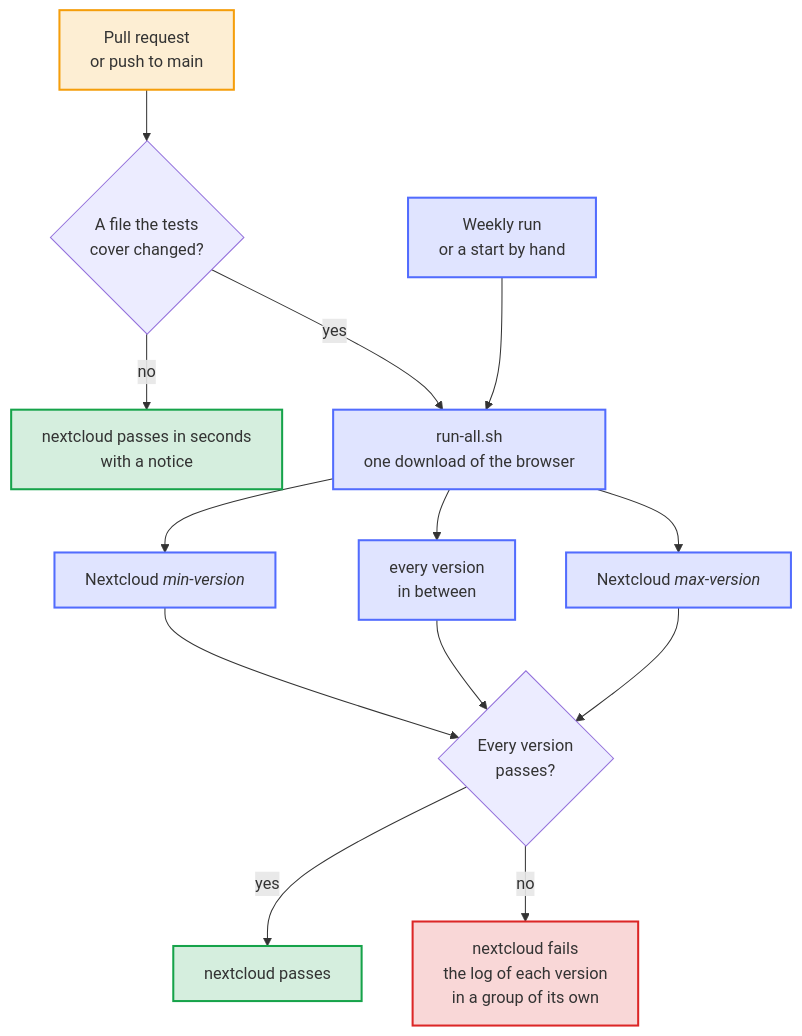
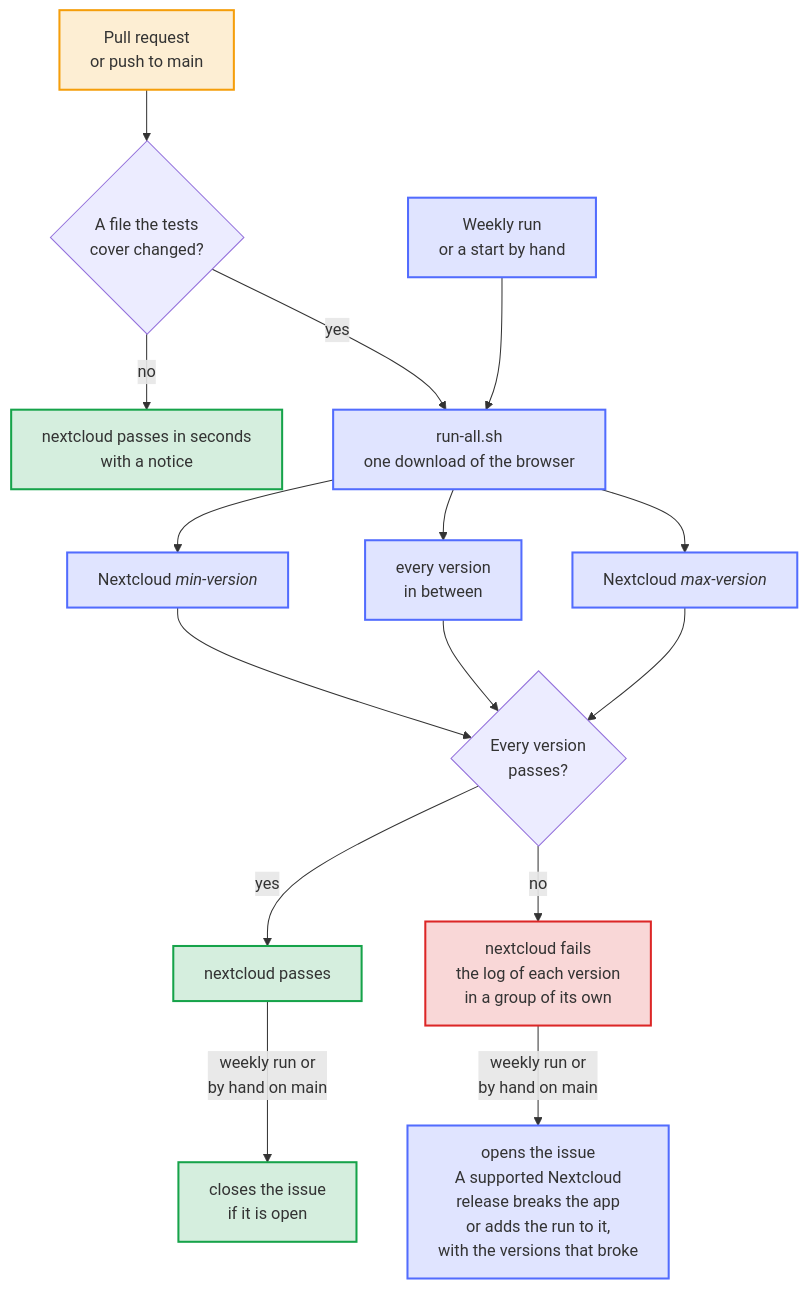
The diagram in docs/diagrams/the-required-check-nextcloud.mmd (Dennis-Otto/paperless-unified-search), drawn with Mermaid before and after one commit. The commit also changed 11 other files, not shown here.

First line of the commit message:
ci: a failing supported Nextcloud version in the weekly E2E run opens an issue (#197)

```diff
--- a/docs/diagrams/the-required-check-nextcloud.mmd
+++ b/docs/diagrams/the-required-check-nextcloud.mmd
@@ -1,37 +1,41 @@
 ---
 config:
   flowchart:
     wrappingWidth: 400
 ---
 flowchart TB
     accTitle: The required check nextcloud
-    accDescr: A pull request or a push to main that changes no file the end-to-end tests cover passes the check nextcloud in seconds, with a notice. Otherwise, and in the weekly run and a run started by hand, run-all.sh tests every Nextcloud version from min-version to max-version at the same time in one job, and the check passes only when every version passes; the log of each version is a group of its own.
+    accDescr: A pull request or a push to main that changes no file the end-to-end tests cover passes the check nextcloud in seconds, with a notice. Otherwise, and in the weekly run and a run started by hand, run-all.sh tests every Nextcloud version from min-version to max-version at the same time in one job, and the check passes only when every version passes; the log of each version is a group of its own. When the weekly run or a run started by hand on main fails, the job issue about the supported Nextcloud opens the issue A supported Nextcloud release breaks the app with the versions that broke, or adds the run to it; when such a run passes, it closes the issue. A pull request or a push never touches the issue.
 
     change["Pull request<br>or push to main"]
     timed["Weekly run<br>or a start by hand"]
     scope{"A file the tests<br>cover changed?"}
     skipped["nextcloud passes in seconds<br>with a notice"]
     all["run-all.sh<br>one download of the browser"]
     low["`Nextcloud *min-version*`"]
     middle["every version<br>in between"]
     high["`Nextcloud *max-version*`"]
     every{"Every version<br>passes?"}
     passed["nextcloud passes"]
     failed["nextcloud fails<br>the log of each version<br>in a group of its own"]
+    opened["opens the issue<br>A supported Nextcloud<br>release breaks the app<br>or adds the run to it,<br>with the versions that broke"]
+    closed["closes the issue<br>if it is open"]
 
     change --> scope
     scope -- "no" --> skipped
     scope -- "yes" --> all
     timed --> all
     all --> low & middle & high --> every
     every -- "yes" --> passed
     every -- "no" --> failed
+    failed -- "weekly run or<br>by hand on main" --> opened
+    passed -- "weekly run or<br>by hand on main" --> closed
 
     classDef person fill:#f59e0b2e,stroke:#f59e0b,stroke-width:2px
     classDef bot fill:#526cfe2e,stroke:#526cfe,stroke-width:2px
     classDef done fill:#16a34a2e,stroke:#16a34a,stroke-width:2px
     classDef fail fill:#dc26262e,stroke:#dc2626,stroke-width:2px
     class change person
-    class timed,all,low,middle,high bot
-    class skipped,passed done
+    class timed,all,low,middle,high,opened bot
+    class skipped,passed,closed done
     class failed fail
```
